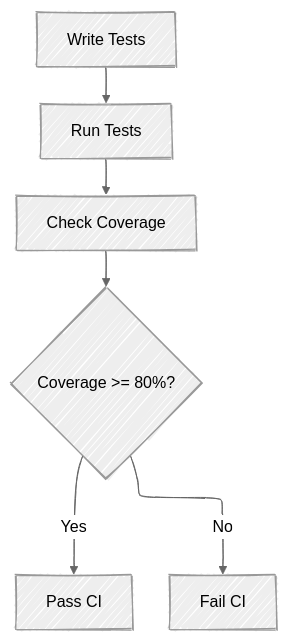
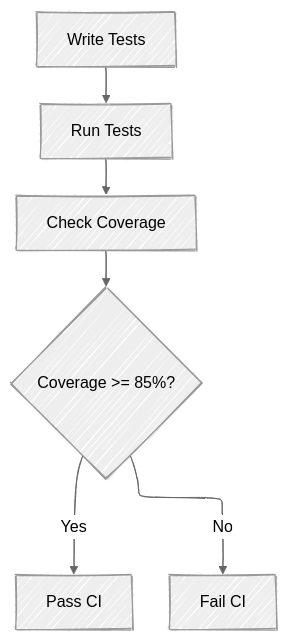
The diagram in docs/src/dev/testing.md (OpenDevicePartnership/patina), drawn with Mermaid (neutral theme) before and after one commit. The commit also changed other lines of this file and 2 other files, not shown here.

First line of the commit message:
Increase code coverage requirement from 80% to 85% (#2032)

````diff
--- a/docs/src/dev/testing.md
+++ b/docs/src/dev/testing.md
@@ -136,13 +136,13 @@
 ```mermaid
 ---
 config:
   layout: elk
   look: handDrawn
 ---
 graph TD
     A[Write Tests] --> B[Run Tests]
     B --> C[Check Coverage]
-    C --> D{Coverage >= 80%?}
+    C --> D{Coverage >= 85%?}
     D -- Yes --> E[Pass CI]
     D -- No --> F[Fail CI]
 ```
````
